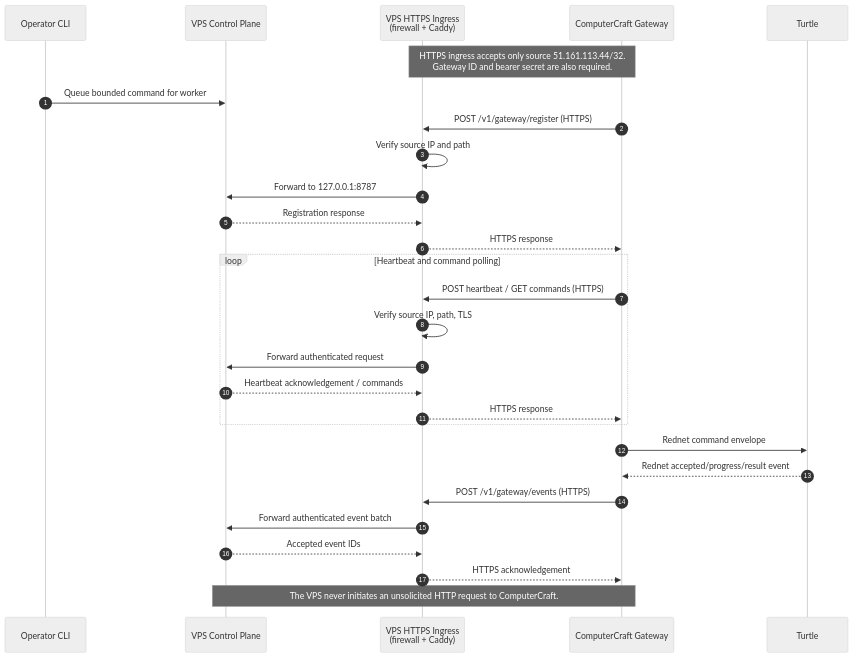
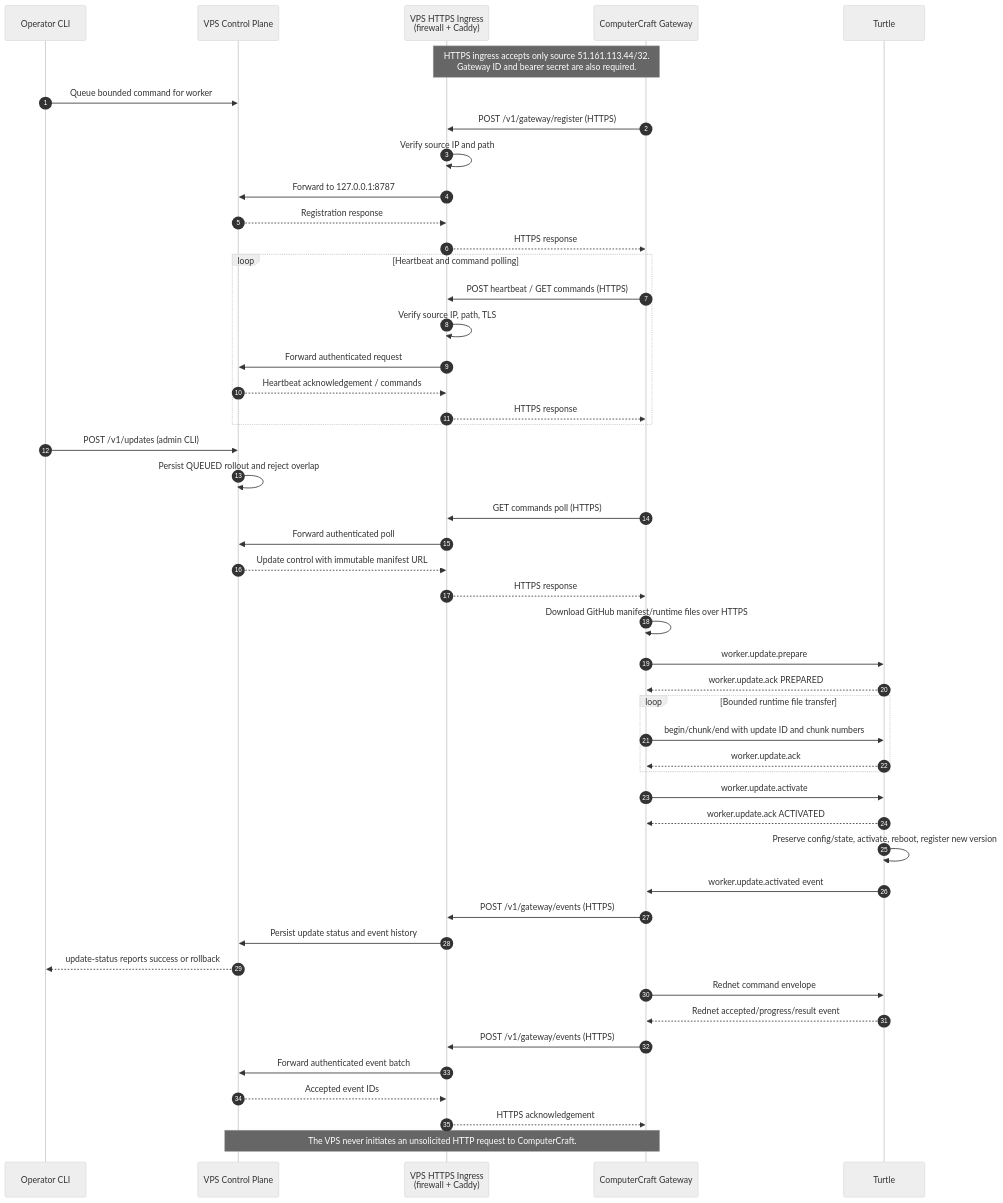
One commit to 1112zakaria/computercraft-agents changed the diagram in docs/20-CONNECTIVITY-SEQUENCE.md. Above: the diagram before and after it, drawn with Mermaid (neutral theme). The commit also changed 38 other files, not shown here.

Commit message:
feat: add gateway-managed runtime updates

````diff
--- a/docs/20-CONNECTIVITY-SEQUENCE.md
+++ b/docs/20-CONNECTIVITY-SEQUENCE.md
@@ -8,35 +8,56 @@
 ```mermaid
 sequenceDiagram
     autonumber
     participant O as Operator CLI
     participant V as VPS Control Plane
     participant I as VPS HTTPS Ingress<br/>(firewall + Caddy)
     participant G as ComputerCraft Gateway
     participant T as Turtle
 
     Note over I,G: HTTPS ingress accepts only source 51.161.113.44/32.<br/>Gateway ID and bearer secret are also required.
 
     O->>V: Queue bounded command for worker
     G->>I: POST /v1/gateway/register (HTTPS)
     I->>I: Verify source IP and path
     I->>V: Forward to 127.0.0.1:8787
     V-->>I: Registration response
     I-->>G: HTTPS response
 
     loop Heartbeat and command polling
         G->>I: POST heartbeat / GET commands (HTTPS)
         I->>I: Verify source IP, path, TLS
         I->>V: Forward authenticated request
         V-->>I: Heartbeat acknowledgement / commands
         I-->>G: HTTPS response
     end
 
+    O->>V: POST /v1/updates (admin CLI)
+    V->>V: Persist QUEUED rollout and reject overlap
+    G->>I: GET commands poll (HTTPS)
+    I->>V: Forward authenticated poll
+    V-->>I: Update control with immutable manifest URL
+    I-->>G: HTTPS response
+    G->>G: Download GitHub manifest/runtime files over HTTPS
+    G->>T: worker.update.prepare
+    T-->>G: worker.update.ack PREPARED
+    loop Bounded runtime file transfer
+        G->>T: begin/chunk/end with update ID and chunk numbers
+        T-->>G: worker.update.ack
+    end
+    G->>T: worker.update.activate
+    T-->>G: worker.update.ack ACTIVATED
+    T->>T: Preserve config/state, activate, reboot, register new version
+    T->>G: worker.update.activated event
+    G->>I: POST /v1/gateway/events (HTTPS)
+    I->>V: Persist update status and event history
+    V-->>O: update-status reports success or rollback
+
     G->>T: Rednet command envelope
     T-->>G: Rednet accepted/progress/result event
     G->>I: POST /v1/gateway/events (HTTPS)
     I->>V: Forward authenticated event batch
     V-->>I: Accepted event IDs
     I-->>G: HTTPS acknowledgement
 
     Note over V,G: The VPS never initiates an unsolicited HTTP request to ComputerCraft.
 ```
````
